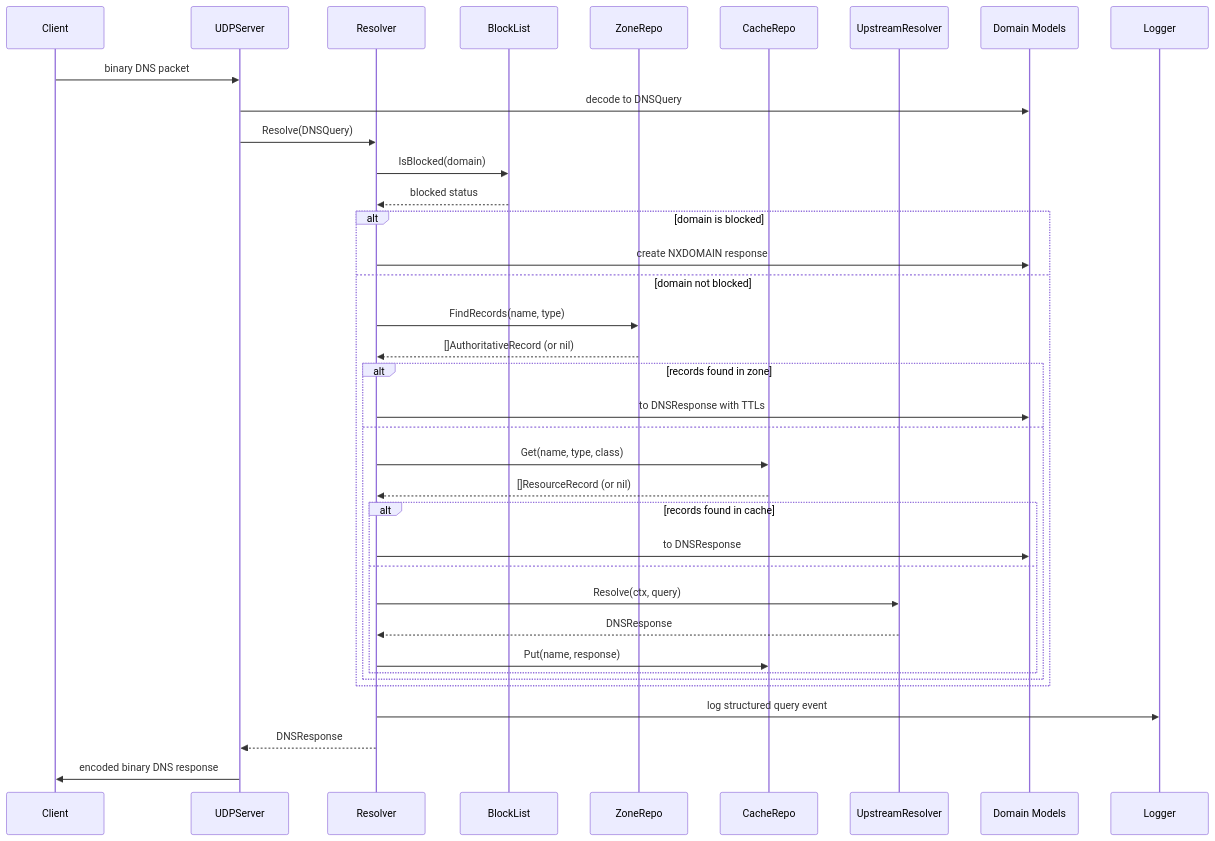
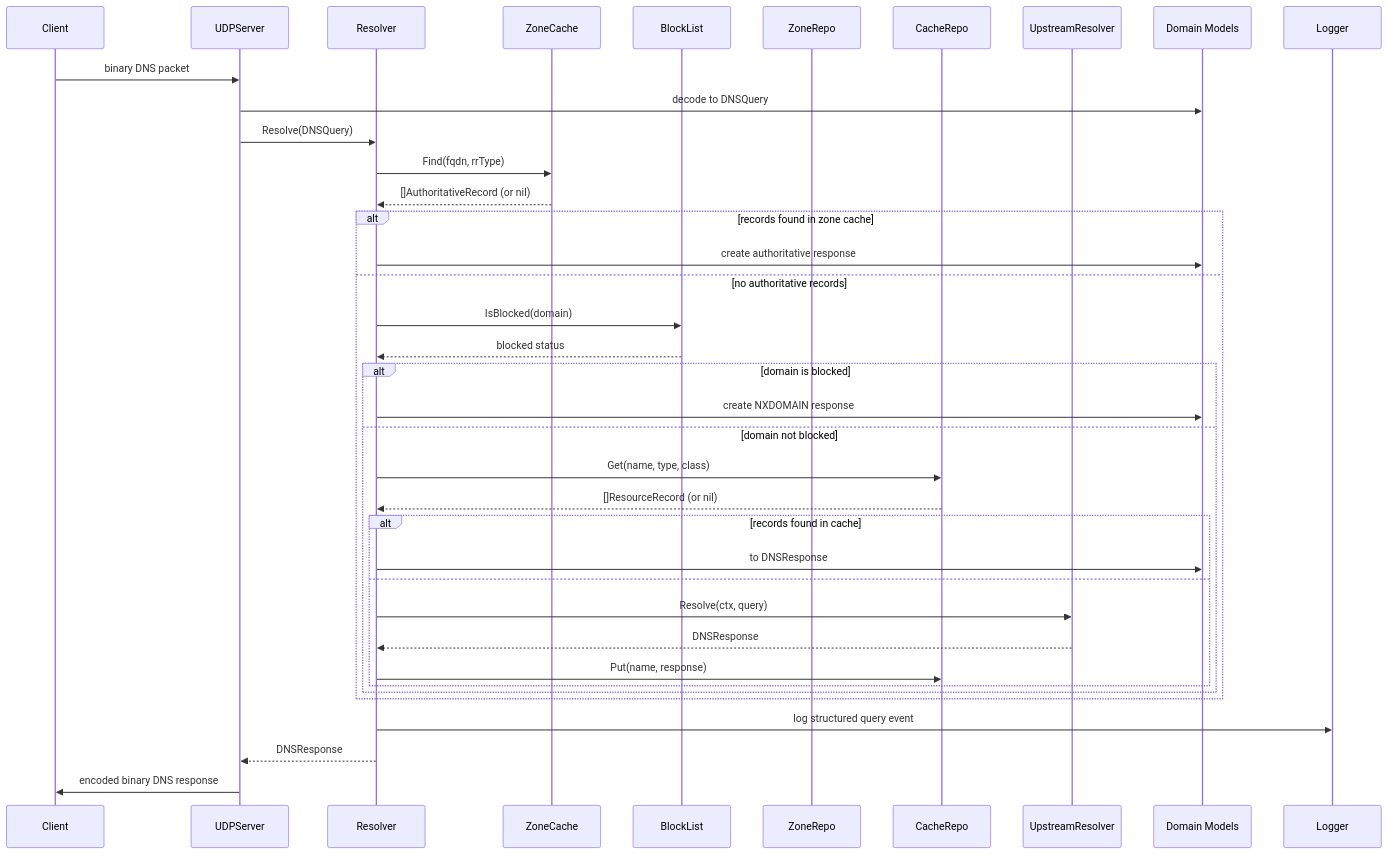
The seventh of 9 diagrams in docs/arc42.md (haukened/rr-dns), drawn with Mermaid before and after one commit. The commit also changed other lines of this file and 1 other file, not shown here.

Commit message:
feat: add ZoneCache documentation and integration details in arc42 and README

````diff
--- a/docs/arc42.md
+++ b/docs/arc42.md
@@ -590,43 +640,44 @@
 ```mermaid
 sequenceDiagram
     participant Client
     participant UDPServer
     participant Resolver
+    participant ZoneCache
     participant BlockList
     participant ZoneRepo
     participant CacheRepo
     participant UpstreamResolver
     participant Domain as Domain Models
 
     Client->>UDPServer: binary DNS packet
     UDPServer->>Domain: decode to DNSQuery
     UDPServer->>Resolver: Resolve(DNSQuery)
 
-    Resolver->>BlockList: IsBlocked(domain)
-    BlockList-->>Resolver: blocked status
-    
-    alt domain is blocked
-        Resolver->>Domain: create NXDOMAIN response
-    else domain not blocked
-        Resolver->>ZoneRepo: FindRecords(name, type)
-        ZoneRepo-->>Resolver: []AuthoritativeRecord (or nil)
+    Resolver->>ZoneCache: Find(fqdn, rrType)
+    ZoneCache-->>Resolver: []AuthoritativeRecord (or nil)
 
-        alt records found in zone
-            Resolver->>Domain: to DNSResponse with TTLs
-        else
+    alt records found in zone cache
+        Resolver->>Domain: create authoritative response
+    else no authoritative records
+        Resolver->>BlockList: IsBlocked(domain)
+        BlockList-->>Resolver: blocked status
+        
+        alt domain is blocked
+            Resolver->>Domain: create NXDOMAIN response
+        else domain not blocked
             Resolver->>CacheRepo: Get(name, type, class)
             CacheRepo-->>Resolver: []ResourceRecord (or nil)
             alt records found in cache
                 Resolver->>Domain: to DNSResponse
             else
                 Resolver->>UpstreamResolver: Resolve(ctx, query)
                 UpstreamResolver-->>Resolver: DNSResponse
                 Resolver->>CacheRepo: Put(name, response)
             end
         end
     end
 
     Resolver->>Logger: log structured query event
     Resolver-->>UDPServer: DNSResponse
     UDPServer->>Client: encoded binary DNS response
 ```
````
